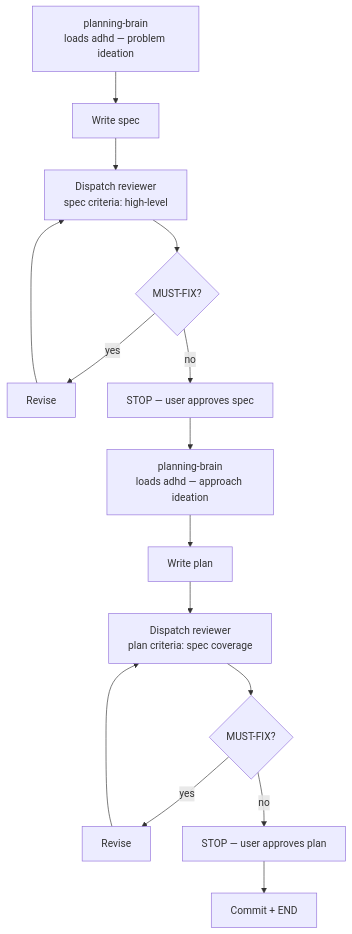
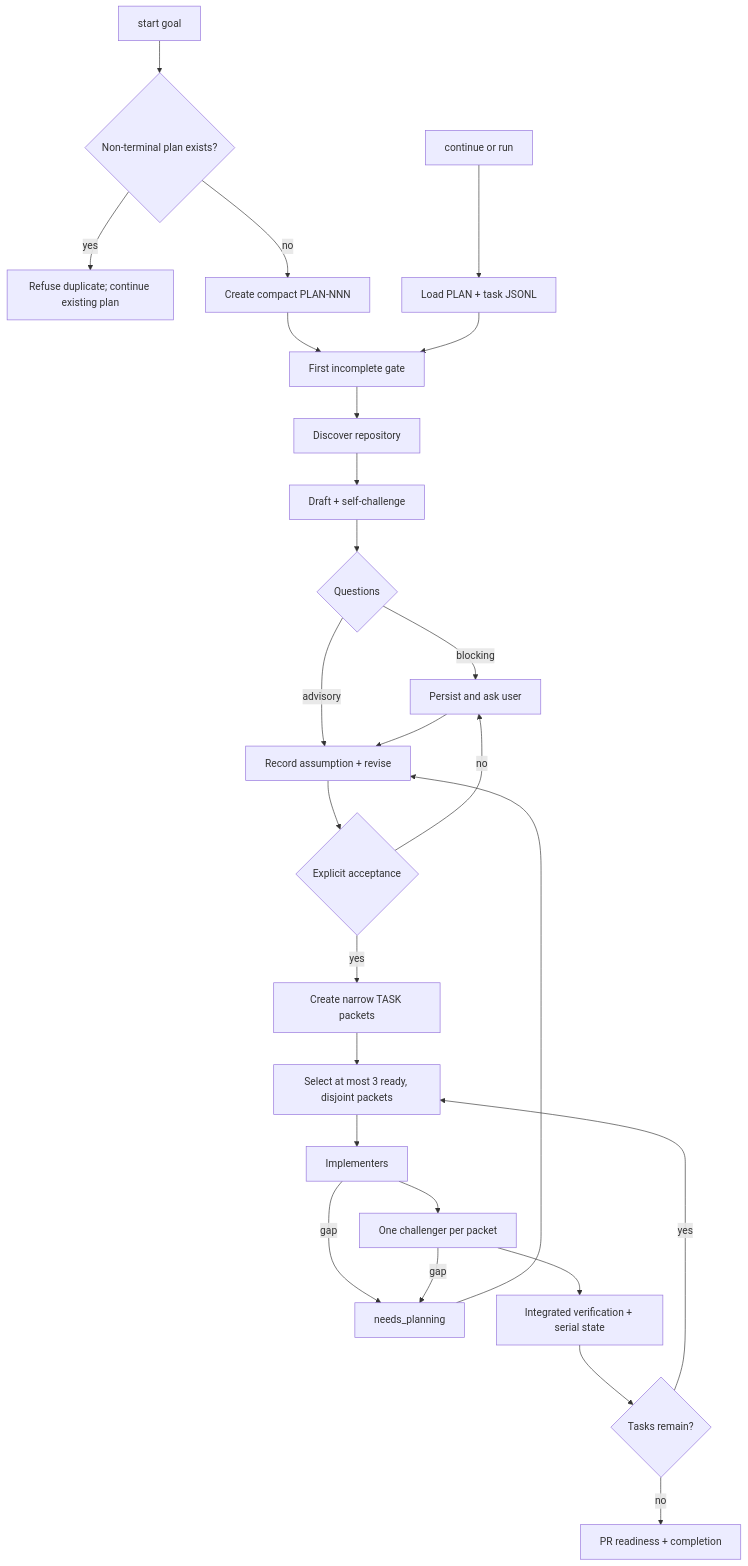
The diagram in src/workflows/overview.md (bperin/project-context), drawn with Mermaid before and after one commit. The commit also changed other lines of this file and 57 other files, not shown here.

````diff
--- a/src/workflows/overview.md
+++ b/src/workflows/overview.md
@@ -23,15 +15,28 @@
 ```mermaid
 flowchart TD
-    ADHD1["planning-brain<br/>loads adhd — problem ideation"] --> WRITESPEC["Write spec"]
-    WRITESPEC --> REV1["Dispatch reviewer<br/>spec criteria: high-level"]
-    REV1 --> FIX1{"MUST-FIX?"}
-    FIX1 -->|yes| REVISE1["Revise"] --> REV1
-    FIX1 -->|no| GATE1["STOP — user approves spec"]
-    GATE1 --> ADHD2["planning-brain<br/>loads adhd — approach ideation"]
-    ADHD2 --> WRITEPLAN["Write plan"]
-    WRITEPLAN --> REV2["Dispatch reviewer<br/>plan criteria: spec coverage"]
-    REV2 --> FIX2{"MUST-FIX?"}
-    FIX2 -->|yes| REVISE2["Revise"] --> REV2
-    FIX2 -->|no| GATE2["STOP — user approves plan"]
-    GATE2 --> COMMIT["Commit + END"]
+    START["start goal"] --> ACTIVE{"Non-terminal plan exists?"}
+    ACTIVE -->|yes| REFUSE["Refuse duplicate; continue existing plan"]
+    ACTIVE -->|no| PLAN["Create compact PLAN-NNN"]
+    CONT["continue or run"] --> LOAD["Load PLAN + task JSONL"]
+    PLAN --> GATES["First incomplete gate"]
+    LOAD --> GATES
+    GATES --> DISCOVER["Discover repository"]
+    DISCOVER --> DRAFT["Draft + self-challenge"]
+    DRAFT --> QUESTIONS{"Questions"}
+    QUESTIONS -->|blocking| USER["Persist and ask user"]
+    QUESTIONS -->|advisory| REVISE["Record assumption + revise"]
+    USER --> REVISE
+    REVISE --> ACCEPT{"Explicit acceptance"}
+    ACCEPT -->|no| USER
+    ACCEPT -->|yes| TASKS["Create narrow TASK packets"]
+    TASKS --> READY["Select at most 3 ready, disjoint packets"]
+    READY --> WORKERS["Implementers"]
+    WORKERS --> CHALLENGE["One challenger per packet"]
+    WORKERS -->|gap| NEEDS["needs_planning"]
+    CHALLENGE -->|gap| NEEDS
+    NEEDS --> REVISE
+    CHALLENGE --> VERIFY["Integrated verification + serial state"]
+    VERIFY --> MORE{"Tasks remain?"}
+    MORE -->|yes| READY
+    MORE -->|no| PR["PR readiness + completion"]
 ```
````
